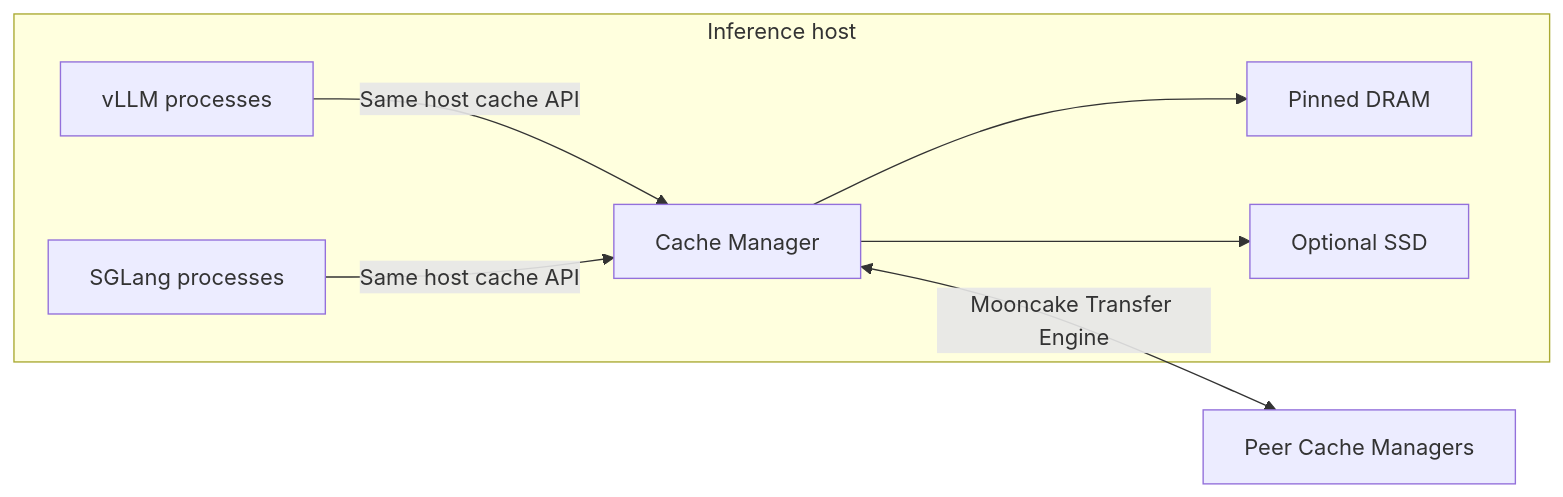
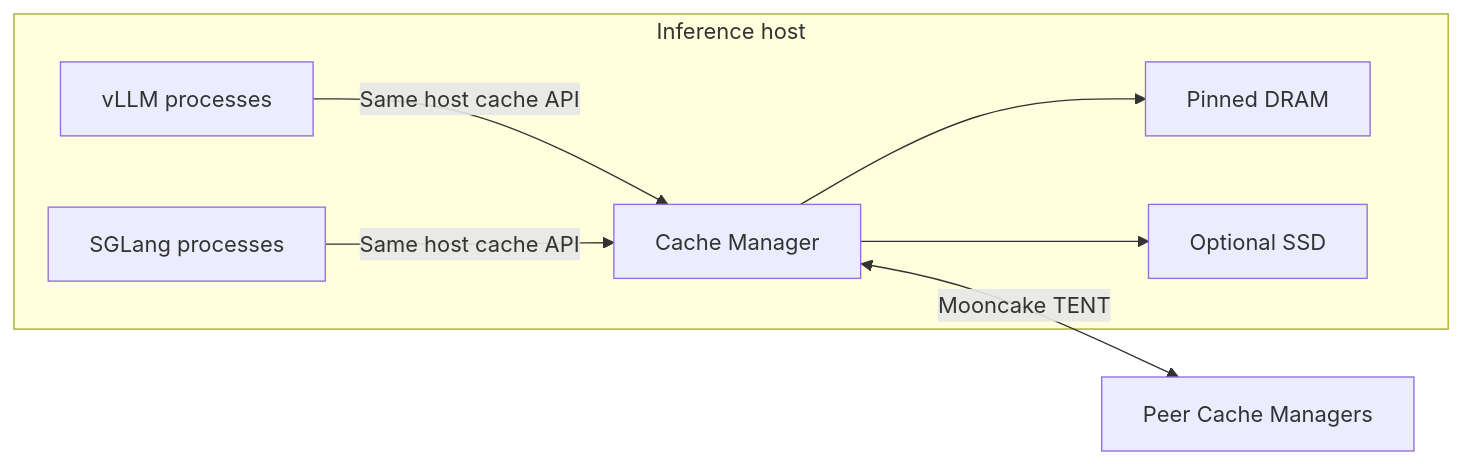
Before and after one commit to feichai0017/orbitkv: the diagram in docs/deployment.md, drawn with Mermaid. The commit also changed other lines of this file and 36 other files, not shown here.

Commit message:
refactor(transfer): migrate mooncake backend to tent

````diff
--- a/docs/deployment.md
+++ b/docs/deployment.md
@@ -28,10 +28,10 @@
 ```mermaid
 flowchart LR
   subgraph host[Inference host]
     V[vLLM processes] -->|Same host cache API| M[Cache Manager]
     S[SGLang processes] -->|Same host cache API| M
     M --> D[Pinned DRAM]
     M --> F[Optional SSD]
   end
-  M <-->|Mooncake Transfer Engine| P[Peer Cache Managers]
+  M <-->|Mooncake TENT| P[Peer Cache Managers]
 ```
````
